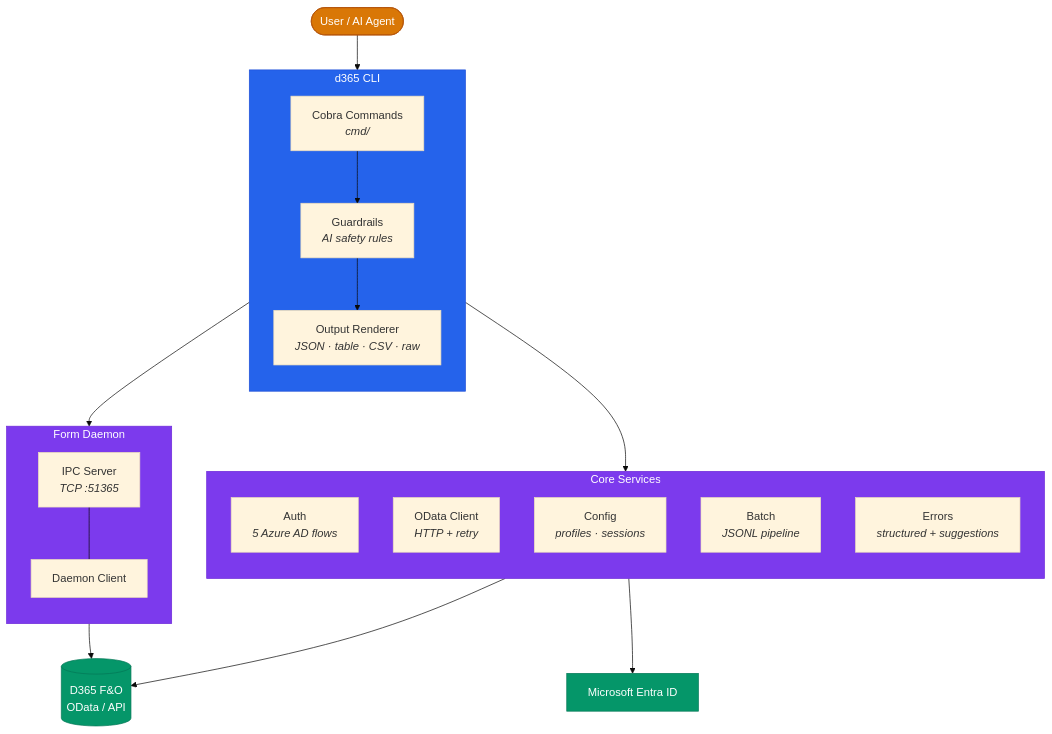
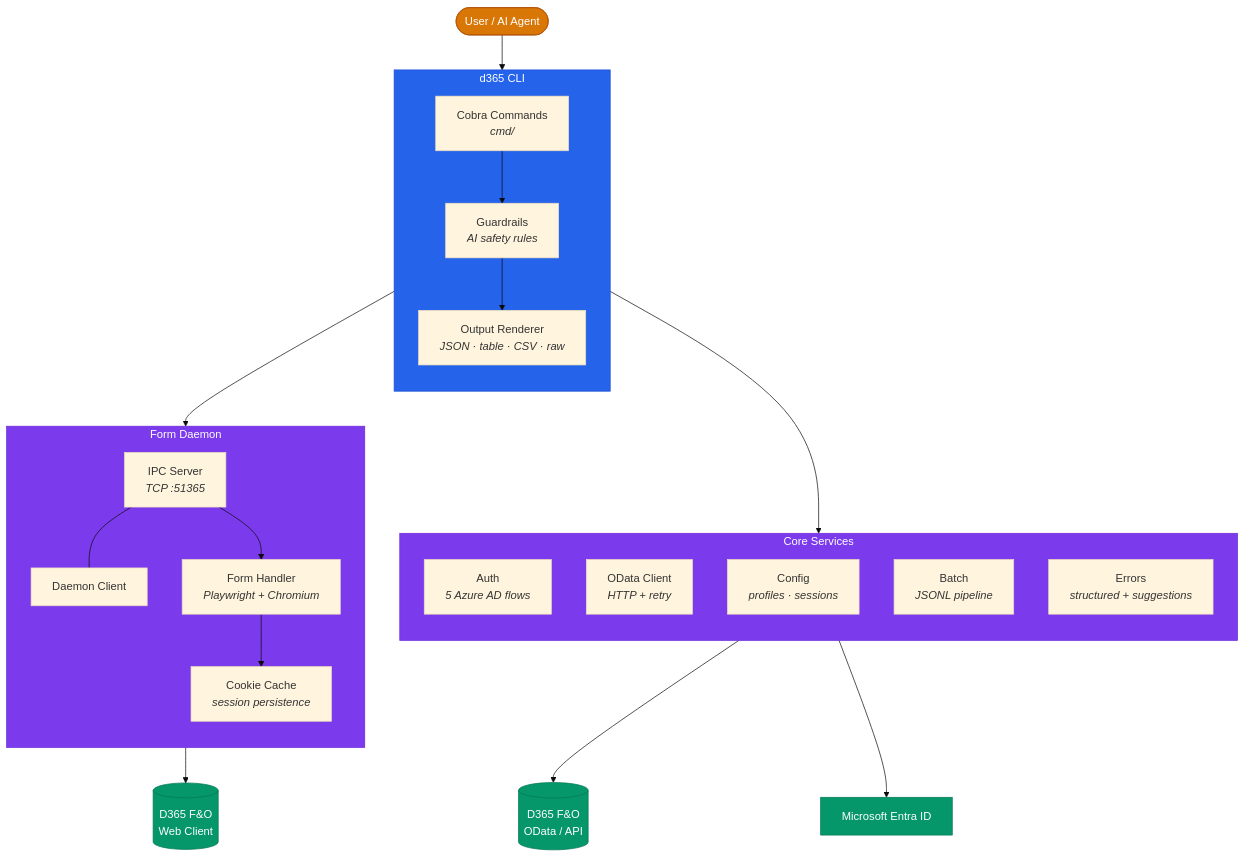
Before and after one commit to seangalliher/D365-erp-cli: the diagram in README.md, drawn with Mermaid (base theme). The commit also changed other lines of this file and 12 other files, not shown here.

First line of the commit message:
feat: implement form daemon with Playwright browser automation

````diff
--- a/README.md
+++ b/README.md
@@ -137,45 +137,49 @@
 ```mermaid
 graph TB
     User([User / AI Agent]) --> CLI
 
     subgraph CLI["d365 CLI"]
         direction TB
         Cobra[Cobra Commands<br/><i>cmd/</i>]
         Guardrails[Guardrails<br/><i>AI safety rules</i>]
         Output[Output Renderer<br/><i>JSON · table · CSV · raw</i>]
         Cobra --> Guardrails --> Output
     end
 
     subgraph Core["Core Services"]
         direction TB
         Auth[Auth<br/><i>5 Azure AD flows</i>]
         Client[OData Client<br/><i>HTTP + retry</i>]
         Config[Config<br/><i>profiles · sessions</i>]
         Batch[Batch<br/><i>JSONL pipeline</i>]
         Errors[Errors<br/><i>structured + suggestions</i>]
     end
 
     subgraph Daemon["Form Daemon"]
         direction TB
         Server[IPC Server<br/><i>TCP :51365</i>]
         DClient[Daemon Client]
+        FormHandler[Form Handler<br/><i>Playwright + Chromium</i>]
+        Cookies[Cookie Cache<br/><i>session persistence</i>]
         Server --- DClient
+        Server --> FormHandler
+        FormHandler --> Cookies
     end
 
     CLI --> Core
     CLI --> Daemon
 
     Client --> D365[(D365 F&O<br/>OData / API)]
     Auth --> Entra[Microsoft Entra ID]
-    Server --> D365
+    FormHandler --> D365Web[(D365 F&O<br/>Web Client)]
 
     classDef primary fill:#2563eb,stroke:#1d4ed8,color:#fff
     classDef service fill:#7c3aed,stroke:#6d28d9,color:#fff
     classDef external fill:#059669,stroke:#047857,color:#fff
     classDef user fill:#d97706,stroke:#b45309,color:#fff
 
     class CLI primary
     class Core,Daemon service
-    class D365,Entra external
+    class D365,Entra,D365Web external
     class User user
 ```
````
